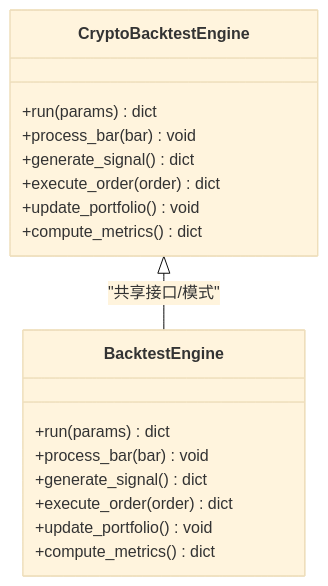
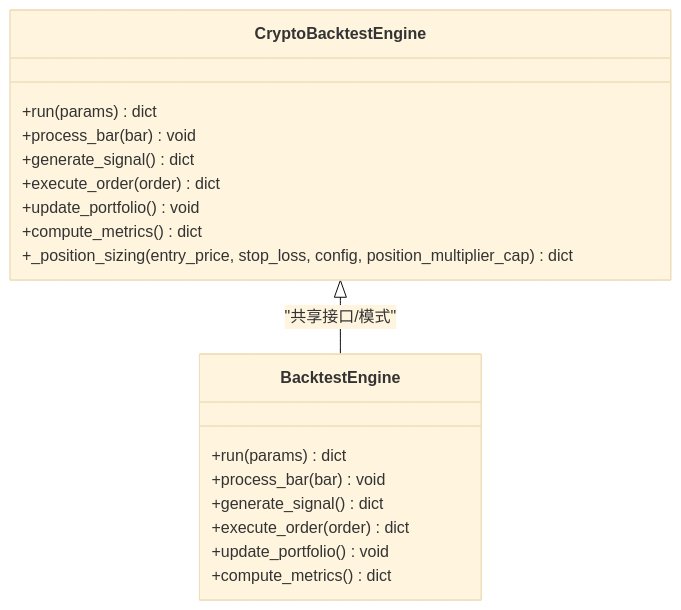
Before and after one commit to anYaoooo/daily_stock_analysis: the fourth of 8 diagrams in .qoder/repowiki/zh/content/交易策略系统/回测引擎/回测引擎.md, drawn with Mermaid (base theme). The commit also changed other lines of this file and 23 other files, not shown here.

````diff
--- a/.qoder/repowiki/zh/content/交易策略系统/回测引擎/回测引擎.md
+++ b/.qoder/repowiki/zh/content/交易策略系统/回测引擎/回测引擎.md
@@ -209,20 +233,21 @@
 ```mermaid
 classDiagram
 class CryptoBacktestEngine {
 +run(params) dict
 +process_bar(bar) void
 +generate_signal() dict
 +execute_order(order) dict
 +update_portfolio() void
 +compute_metrics() dict
++_position_sizing(entry_price, stop_loss, config, position_multiplier_cap) dict
 }
 class BacktestEngine {
 +run(params) dict
 +process_bar(bar) void
 +generate_signal() dict
 +execute_order(order) dict
 +update_portfolio() void
 +compute_metrics() dict
 }
 CryptoBacktestEngine <|-- BacktestEngine : "共享接口/模式"
 ```
````
